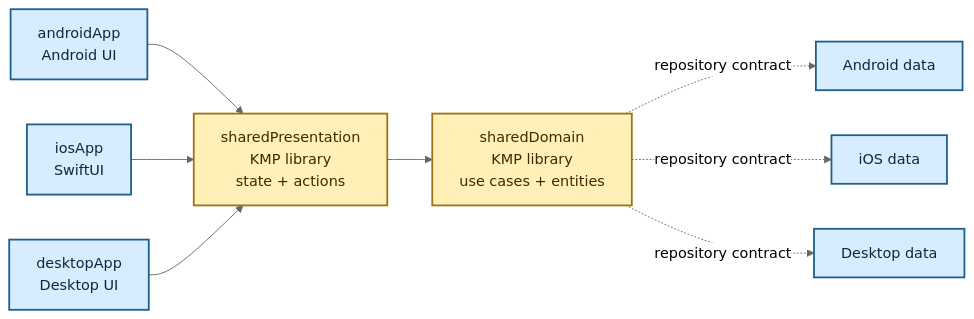
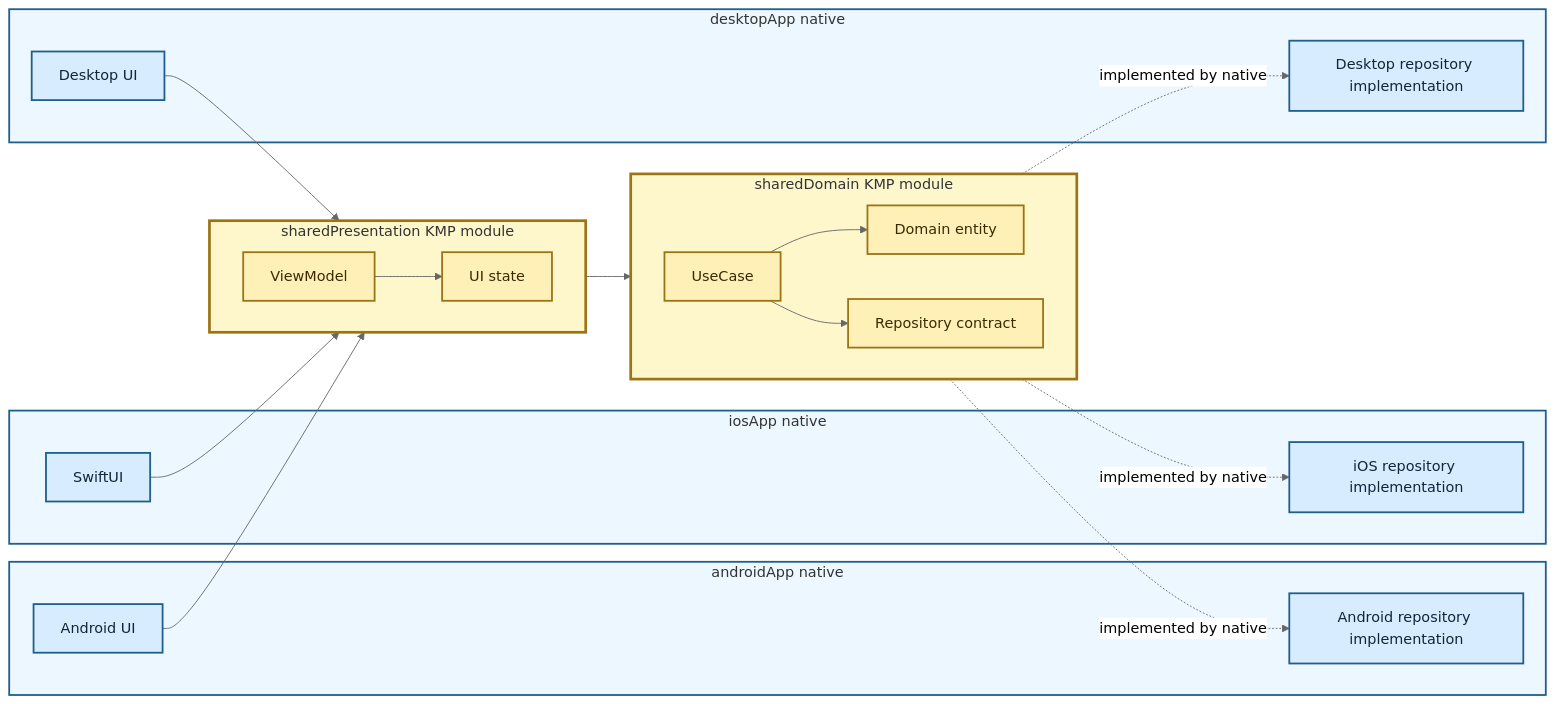
One commit to TheSetox/kmp-sample-diagrams changed the diagram in diagrams/19-three-layer-kmp-domain-presentation.md. Above: the diagram before and after it, drawn with Mermaid (neutral theme). The commit also changed 18 other files, not shown here.

Commit message:
docs: clarify kmp and native diagram boundaries

````diff
--- a/diagrams/19-three-layer-kmp-domain-presentation.md
+++ b/diagrams/19-three-layer-kmp-domain-presentation.md
@@ -5,27 +5,52 @@
 ```mermaid
 flowchart LR
-  SharedPresentation["sharedPresentation\nKMP library\nstate + actions"]
-  SharedDomain["sharedDomain\nKMP library\nuse cases + entities"]
-  SharedPresentation --> SharedDomain
+  subgraph Android["androidApp native"]
+    AndroidUI["Android UI"]
+    AndroidData["Android repository implementation"]
+  end
 
-  Android["androidApp\nAndroid UI"]
-  IOS["iosApp\nSwiftUI"]
-  Desktop["desktopApp\nDesktop UI"]
+  subgraph IOS["iosApp native"]
+    IOSUI["SwiftUI"]
+    IOSData["iOS repository implementation"]
+  end
 
-  AndroidData["Android data"]
-  IOSData["iOS data"]
-  DesktopData["Desktop data"]
+  subgraph Desktop["desktopApp native"]
+    DesktopUI["Desktop UI"]
+    DesktopData["Desktop repository implementation"]
+  end
 
-  Android --> SharedPresentation
-  IOS --> SharedPresentation
-  Desktop --> SharedPresentation
+  subgraph Presentation["sharedPresentation KMP module"]
+    direction LR
+    VM["ViewModel"]
+    State["UI state"]
+    VM --> State
+  end
 
-  SharedDomain -. "repository contract" .-> AndroidData
-  SharedDomain -. "repository contract" .-> IOSData
-  SharedDomain -. "repository contract" .-> DesktopData
+  subgraph Domain["sharedDomain KMP module"]
+    direction LR
+    UseCase["UseCase"]
+    Entity["Domain entity"]
+    RepositoryPort["Repository contract"]
+    UseCase --> Entity
+    UseCase --> RepositoryPort
+  end
+
+  AndroidUI --> VM
+  IOSUI --> VM
+  DesktopUI --> VM
+  VM --> UseCase
+
+  RepositoryPort -. "implemented by native" .-> AndroidData
+  RepositoryPort -. "implemented by native" .-> IOSData
+  RepositoryPort -. "implemented by native" .-> DesktopData
 
   classDef app fill:#d8ecff,stroke:#1f5f8b,color:#0f2738,stroke-width:2px;
-  classDef shared fill:#fff0b8,stroke:#9b7415,color:#3b2a00,stroke-width:2px;
-  class Android,IOS,Desktop,AndroidData,IOSData,DesktopData app;
-  class SharedPresentation,SharedDomain shared;
+  classDef kmp fill:#fff0b8,stroke:#9b7415,color:#3b2a00,stroke-width:2px;
+  class AndroidUI,AndroidData,IOSUI,IOSData,DesktopUI,DesktopData app;
+  class VM,State,UseCase,Entity,RepositoryPort kmp;
+  style Android fill:#edf7ff,stroke:#1f5f8b,stroke-width:2px
+  style IOS fill:#edf7ff,stroke:#1f5f8b,stroke-width:2px
+  style Desktop fill:#edf7ff,stroke:#1f5f8b,stroke-width:2px
+  style Presentation fill:#fff7cc,stroke:#9b7415,stroke-width:3px
+  style Domain fill:#fff7cc,stroke:#9b7415,stroke-width:3px
 ```
````
